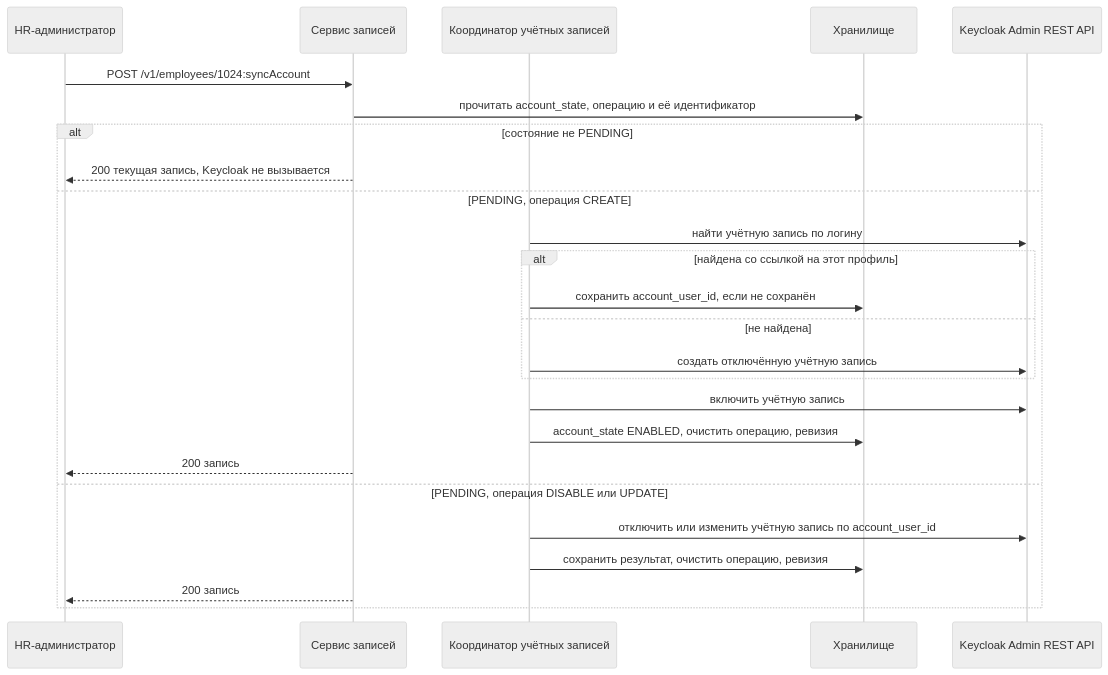
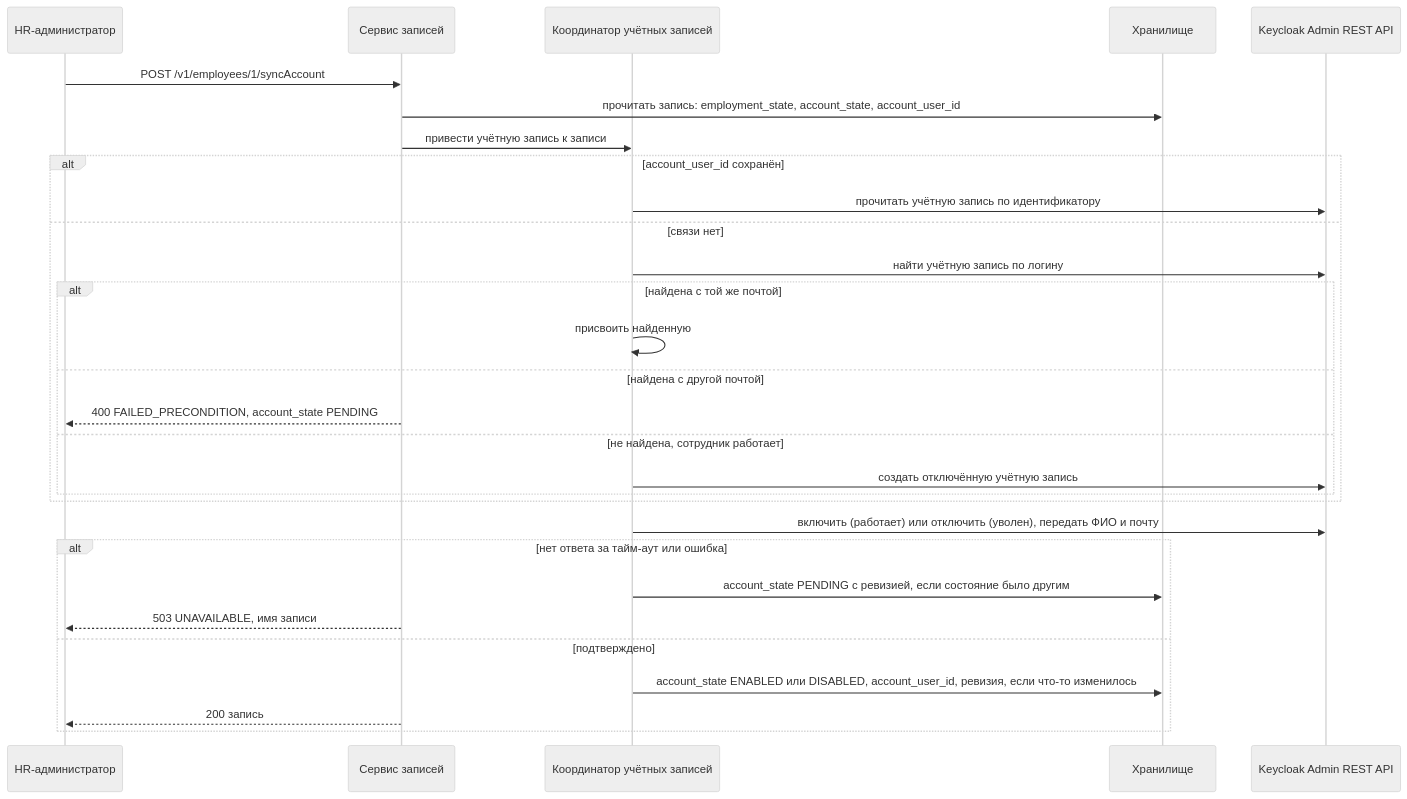
The tenth of 11 diagrams in reference-manager/documents/155.sequence-diagrams.md (MEPhI-C22-501/arch-info-system-monorepo), drawn with Mermaid (neutral theme) before and after one commit. The commit also changed other lines of this file and 59 other files, not shown here.

````diff
--- a/reference-manager/documents/155.sequence-diagrams.md
+++ b/reference-manager/documents/155.sequence-diagrams.md
@@ -308,27 +307,31 @@
 ```mermaid
 sequenceDiagram
     participant HR as HR-администратор
     participant S as Сервис записей
     participant A as Координатор учётных записей
     participant R as Хранилище
     participant K as Keycloak Admin REST API
-    HR->>S: POST /v1/employees/1024:syncAccount
-    S->>R: прочитать account_state, операцию и её идентификатор
-    alt состояние не PENDING
-        S-->>HR: 200 текущая запись, Keycloak не вызывается
-    else PENDING, операция CREATE
+    HR->>S: POST /v1/employees/1/syncAccount
+    S->>R: прочитать запись: employment_state, account_state, account_user_id
+    S->>A: привести учётную запись к записи
+    alt account_user_id сохранён
+        A->>K: прочитать учётную запись по идентификатору
+    else связи нет
         A->>K: найти учётную запись по логину
-        alt найдена со ссылкой на этот профиль
-            A->>R: сохранить account_user_id, если не сохранён
-        else не найдена
+        alt найдена с той же почтой
+            A->>A: присвоить найденную
+        else найдена с другой почтой
+            S-->>HR: 400 FAILED_PRECONDITION, account_state PENDING
+        else не найдена, сотрудник работает
             A->>K: создать отключённую учётную запись
         end
-        A->>K: включить учётную запись
-        A->>R: account_state ENABLED, очистить операцию, ревизия
-        S-->>HR: 200 запись
-    else PENDING, операция DISABLE или UPDATE
-        A->>K: отключить или изменить учётную запись по account_user_id
-        A->>R: сохранить результат, очистить операцию, ревизия
+    end
+    A->>K: включить (работает) или отключить (уволен), передать ФИО и почту
+    alt нет ответа за тайм-аут или ошибка
+        A->>R: account_state PENDING с ревизией, если состояние было другим
+        S-->>HR: 503 UNAVAILABLE, имя записи
+    else подтверждено
+        A->>R: account_state ENABLED или DISABLED, account_user_id, ревизия, если что-то изменилось
         S-->>HR: 200 запись
     end
 ```
````
